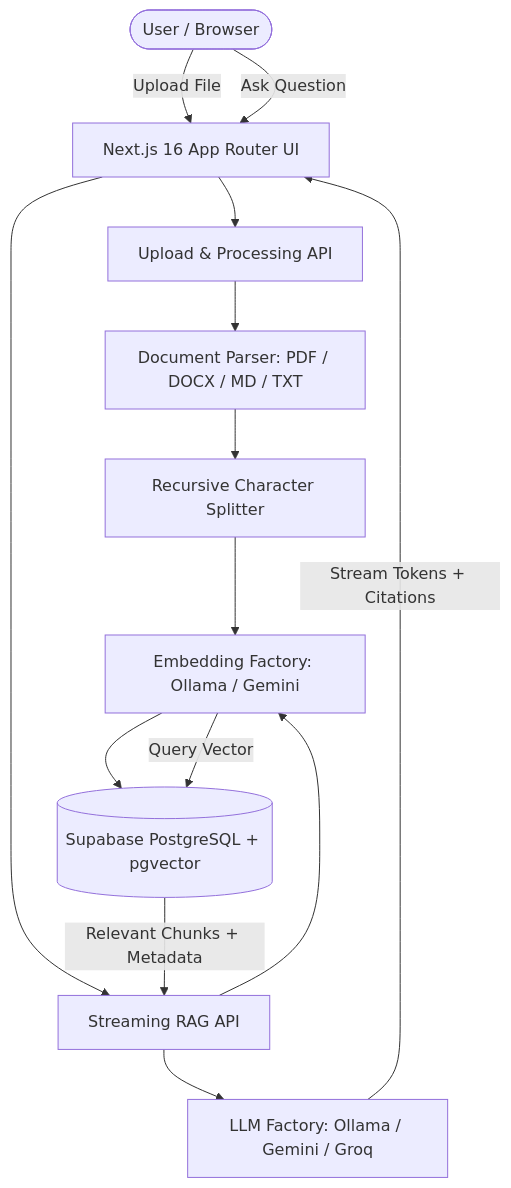
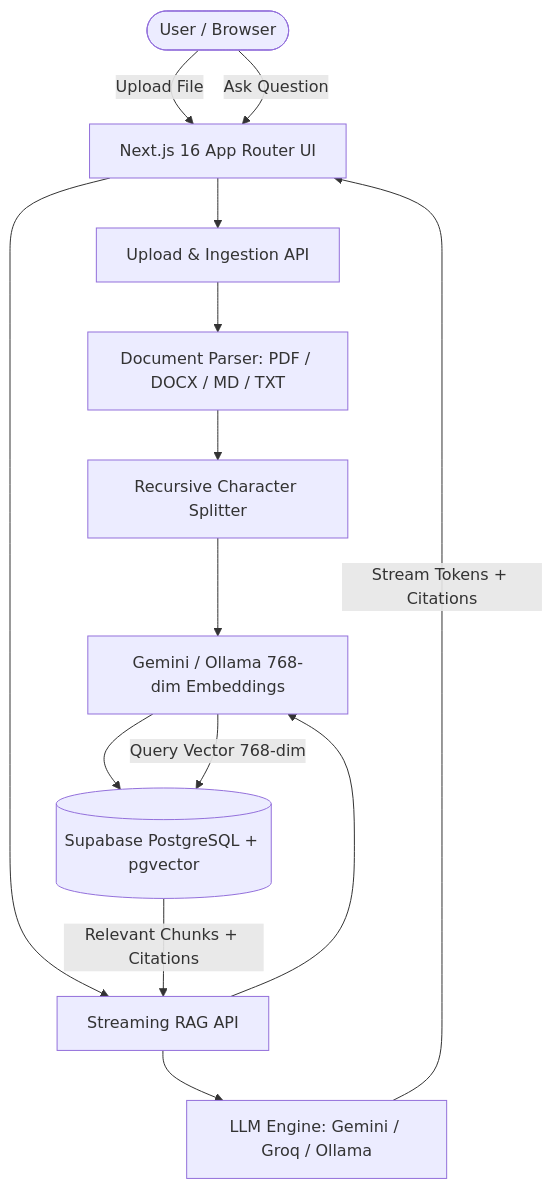
Before and after one commit to sadquain/KnowFlow-Ai: the diagram in README.md, drawn with Mermaid. The commit also changed other lines of this file and 66 other files, not shown here.

````diff
--- a/README.md
+++ b/README.md
@@ -33,24 +37,24 @@
 ```mermaid
 flowchart TD
     User([User / Browser])
     UI[Next.js 16 App Router UI]
-    API_Doc[Upload & Processing API]
+    API_Doc[Upload & Ingestion API]
     API_Chat[Streaming RAG API]
     Parser[Document Parser: PDF / DOCX / MD / TXT]
     Chunker[Recursive Character Splitter]
-    Embed[Embedding Factory: Ollama / Gemini]
+    Embed[Gemini / Ollama 768-dim Embeddings]
     DB[(Supabase PostgreSQL + pgvector)]
-    LLM[LLM Factory: Ollama / Gemini / Groq]
+    LLM[LLM Engine: Gemini / Groq / Ollama]
 
     User -->|Upload File| UI
     UI --> API_Doc
     API_Doc --> Parser --> Chunker --> Embed --> DB
 
     User -->|Ask Question| UI
     UI --> API_Chat
     API_Chat --> Embed
-    Embed -->|Query Vector| DB
-    DB -->|Relevant Chunks + Metadata| API_Chat
+    Embed -->|Query Vector 768-dim| DB
+    DB -->|Relevant Chunks + Citations| API_Chat
     API_Chat --> LLM
     LLM -->|Stream Tokens + Citations| UI
 ```
````
